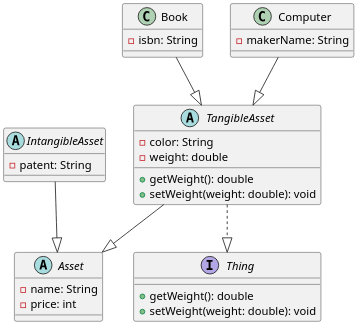
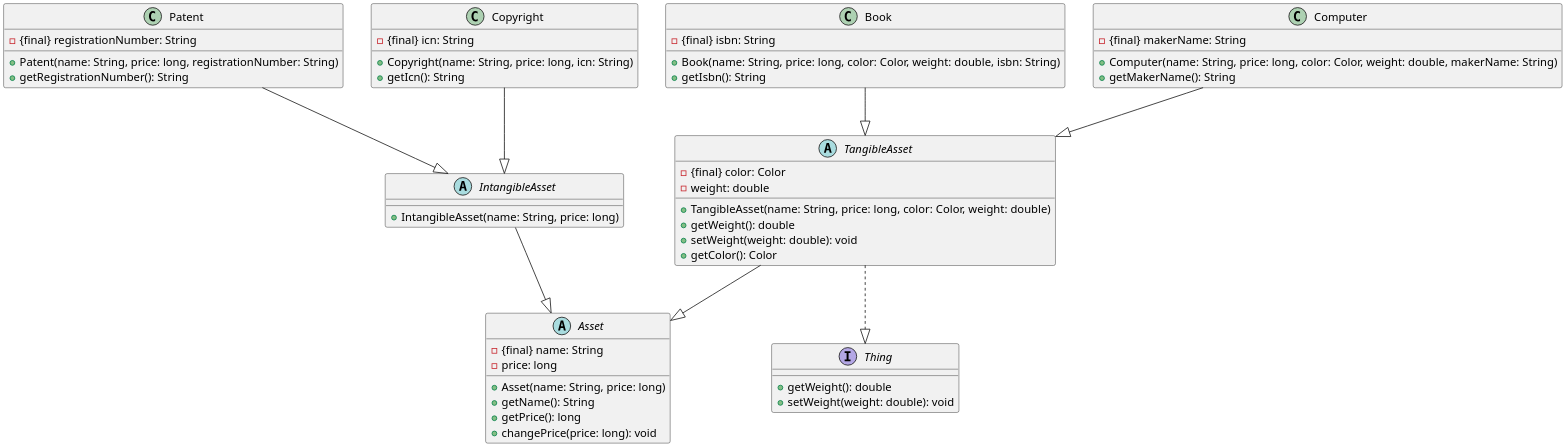
Before and after one commit to SurvivalCodingCampus/polytech_java_study: the diagram in src/main/java/com/survivalcoding/exam02.puml, drawn with PlantUML. The commit also changed 4 other files, not shown here.

```diff
--- a/src/main/java/com/survivalcoding/exam02.puml
+++ b/src/main/java/com/survivalcoding/exam02.puml
@@ -1,45 +1,74 @@
 @startuml
 'https://plantuml.com/class-diagram
 
 scale 2
 
 interface Thing {
     + getWeight(): double
     + setWeight(weight: double): void
 }
 
 abstract class Asset {
-    - name: String
-    - price: int
+    - {final} name: String
+    - price: long
+
+    + Asset(name: String, price: long)
+    + getName(): String
+    + getPrice(): long
+    + changePrice(price: long): void
 }
 
 abstract class TangibleAsset {
-    - color: String
+    - {final} color: Color
     - weight: double
 
+    + TangibleAsset(name: String, price: long, color: Color, weight: double)
     + getWeight(): double
     + setWeight(weight: double): void
+    + getColor(): Color
 }
 
 abstract class IntangibleAsset {
-    - patent: String
+    + IntangibleAsset(name: String, price: long)
 }
 
 class Book {
-    - isbn: String
+    - {final} isbn: String
+
+    + Book(name: String, price: long, color: Color, weight: double, isbn: String)
+    + getIsbn(): String
 }
 
 class Computer {
-    - makerName: String
+    - {final} makerName: String
+
+    + Computer(name: String, price: long, color: Color, weight: double, makerName: String)
+    + getMakerName(): String
+}
+
+class Patent {
+    - {final} registrationNumber: String
+
+    + Patent(name: String, price: long, registrationNumber: String)
+    + getRegistrationNumber(): String
+}
+
+class Copyright {
+    - {final} icn: String
+
+    + Copyright(name: String, price: long, icn: String)
+    + getIcn(): String
 }
 
 ' Inheritance relationships
 TangibleAsset --|> Asset
 IntangibleAsset --|> Asset
 Book --|> TangibleAsset
 Computer --|> TangibleAsset
+Patent --|> IntangibleAsset
+Copyright --|> IntangibleAsset
 
 ' Implementation relationships
 TangibleAsset ..|> Thing
 
 @enduml
```
